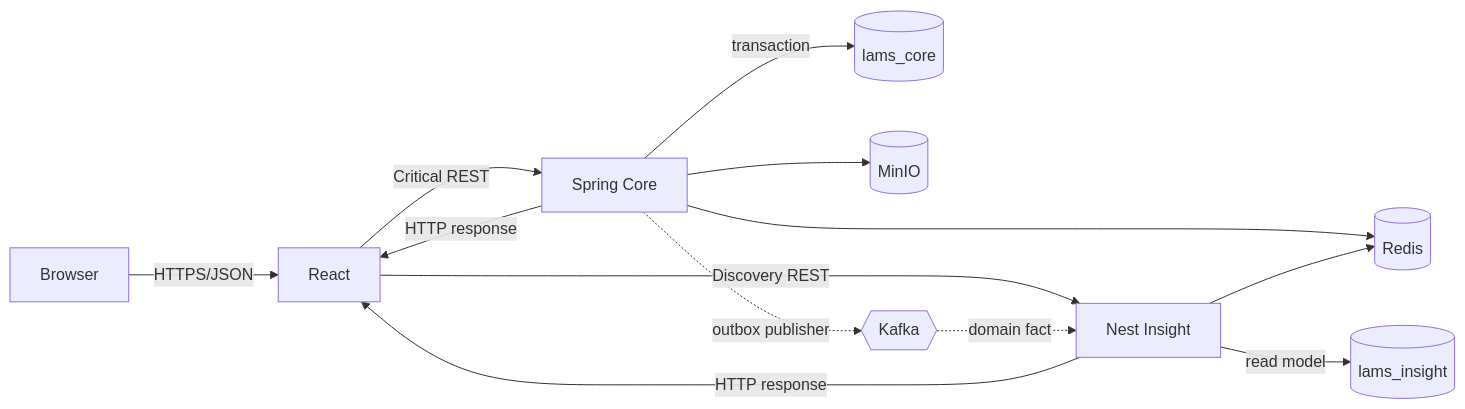
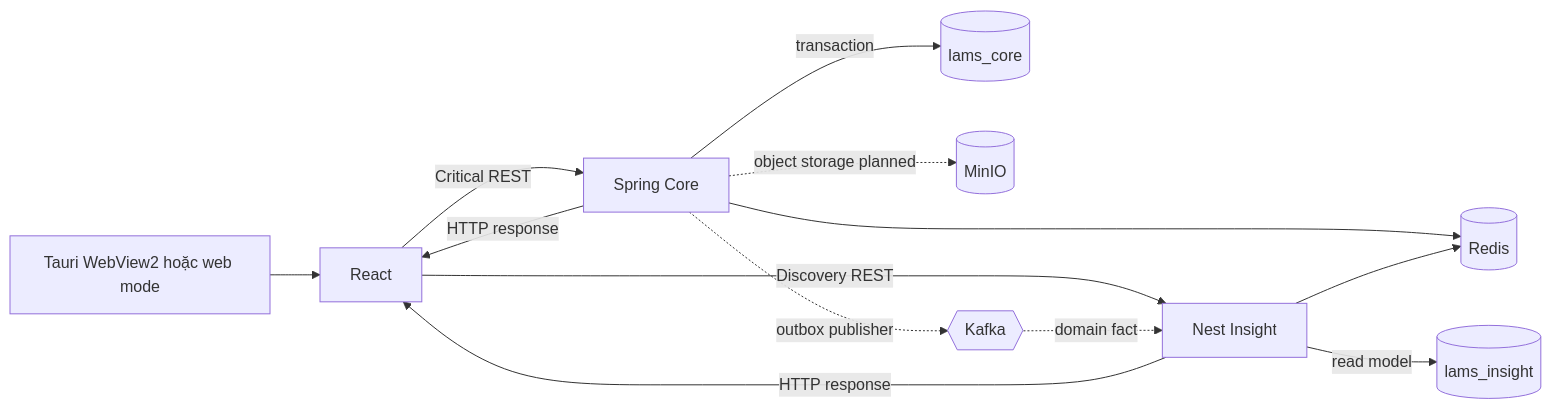
One commit to Shuuma4869/He-thong-quan-ly-va-khai-thac-thu-vien changed the first of 2 diagrams in tai-lieu/08-van-hanh/system-flow.md. Above: the diagram before and after it, drawn with Mermaid. The commit also changed other lines of this file and 15 other files, not shown here.

````diff
--- a/tai-lieu/08-van-hanh/system-flow.md
+++ b/tai-lieu/08-van-hanh/system-flow.md
@@ -7,15 +7,15 @@
 ```mermaid
 flowchart LR
-  B[Browser] -->|HTTPS/JSON| R[React]
+  B[Tauri WebView2 hoặc web mode] --> R[React]
   R -->|Critical REST| S[Spring Core]
   R -->|Discovery REST| N[Nest Insight]
   S -->|transaction| CDB[(lams_core)]
   N -->|read model| IDB[(lams_insight)]
   S --> RC[(Redis)]
   N --> RC
-  S --> OS[(MinIO)]
+  S -.object storage planned.-> OS[(MinIO)]
   S -.outbox publisher.-> K{{Kafka}}
   K -.domain fact.-> N
   S -->|HTTP response| R
   N -->|HTTP response| R
 ```
````
